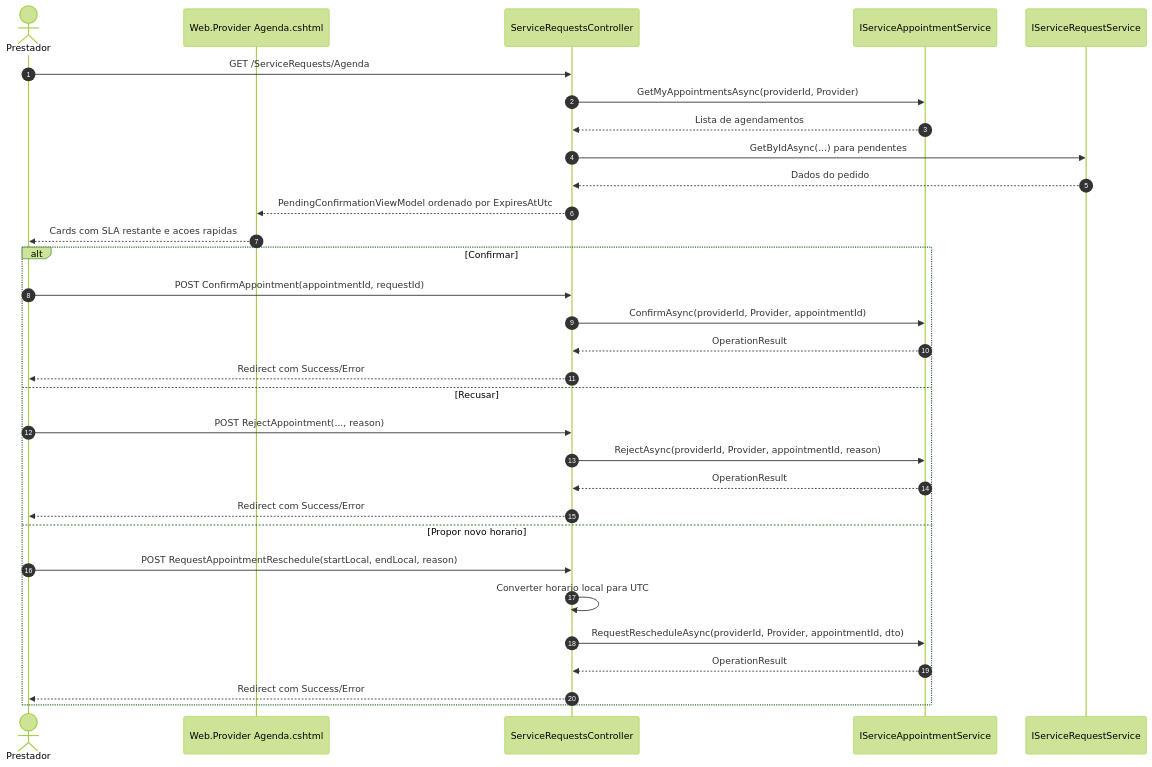
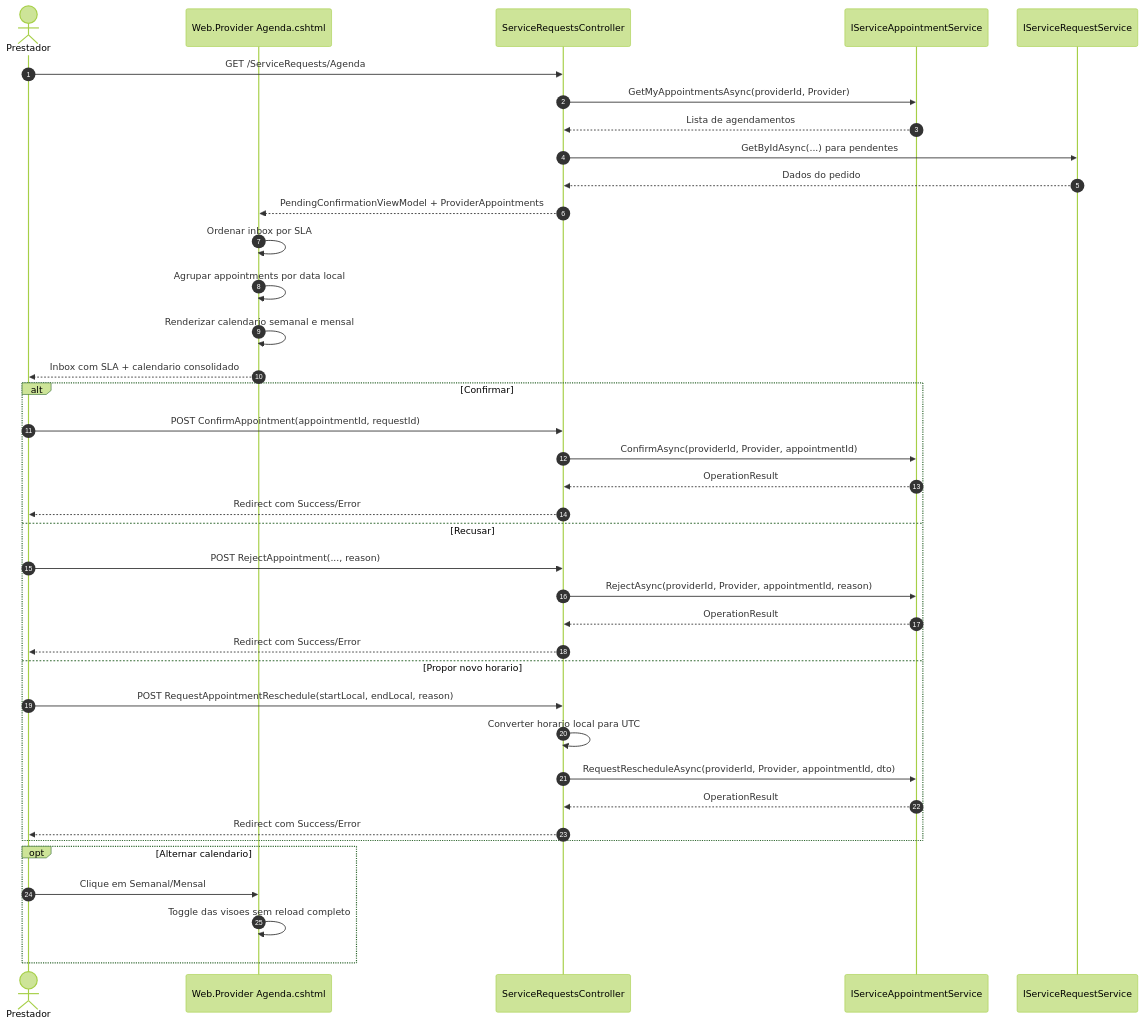
The diagram in Documentacao/DIAGRAMAS/AGENDA_SERVICOS_JANELAS_LEMBRETES/ST-007-ui-prestador-gestao-agenda-operacao/sequencia-inbox-sla-acoes-rapidas.mmd (leonardomendes201704/ConsertaPraMim), drawn with Mermaid (forest theme) before and after one commit. The commit also changed 6 other files, not shown here.

```diff
--- a/Documentacao/DIAGRAMAS/AGENDA_SERVICOS_JANELAS_LEMBRETES/ST-007-ui-prestador-gestao-agenda-operacao/sequencia-inbox-sla-acoes-rapidas.mmd
+++ b/Documentacao/DIAGRAMAS/AGENDA_SERVICOS_JANELAS_LEMBRETES/ST-007-ui-prestador-gestao-agenda-operacao/sequencia-inbox-sla-acoes-rapidas.mmd
@@ -1,33 +1,41 @@
 sequenceDiagram
     autonumber
     actor Prestador
     participant UI as Web.Provider Agenda.cshtml
     participant Controller as ServiceRequestsController
     participant ApptSvc as IServiceAppointmentService
     participant RequestSvc as IServiceRequestService
 
     Prestador->>Controller: GET /ServiceRequests/Agenda
     Controller->>ApptSvc: GetMyAppointmentsAsync(providerId, Provider)
     ApptSvc-->>Controller: Lista de agendamentos
     Controller->>RequestSvc: GetByIdAsync(...) para pendentes
     RequestSvc-->>Controller: Dados do pedido
-    Controller-->>UI: PendingConfirmationViewModel ordenado por ExpiresAtUtc
-    UI-->>Prestador: Cards com SLA restante e acoes rapidas
+    Controller-->>UI: PendingConfirmationViewModel + ProviderAppointments
+    UI->>UI: Ordenar inbox por SLA
+    UI->>UI: Agrupar appointments por data local
+    UI->>UI: Renderizar calendario semanal e mensal
+    UI-->>Prestador: Inbox com SLA + calendario consolidado
 
     alt Confirmar
         Prestador->>Controller: POST ConfirmAppointment(appointmentId, requestId)
         Controller->>ApptSvc: ConfirmAsync(providerId, Provider, appointmentId)
         ApptSvc-->>Controller: OperationResult
         Controller-->>Prestador: Redirect com Success/Error
     else Recusar
         Prestador->>Controller: POST RejectAppointment(..., reason)
         Controller->>ApptSvc: RejectAsync(providerId, Provider, appointmentId, reason)
         ApptSvc-->>Controller: OperationResult
         Controller-->>Prestador: Redirect com Success/Error
     else Propor novo horario
         Prestador->>Controller: POST RequestAppointmentReschedule(startLocal, endLocal, reason)
         Controller->>Controller: Converter horario local para UTC
         Controller->>ApptSvc: RequestRescheduleAsync(providerId, Provider, appointmentId, dto)
         ApptSvc-->>Controller: OperationResult
         Controller-->>Prestador: Redirect com Success/Error
     end
+
+    opt Alternar calendario
+        Prestador->>UI: Clique em Semanal/Mensal
+        UI->>UI: Toggle das visoes sem reload completo
+    end
```
